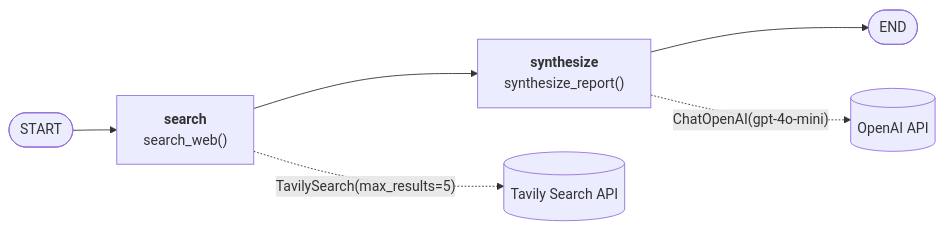
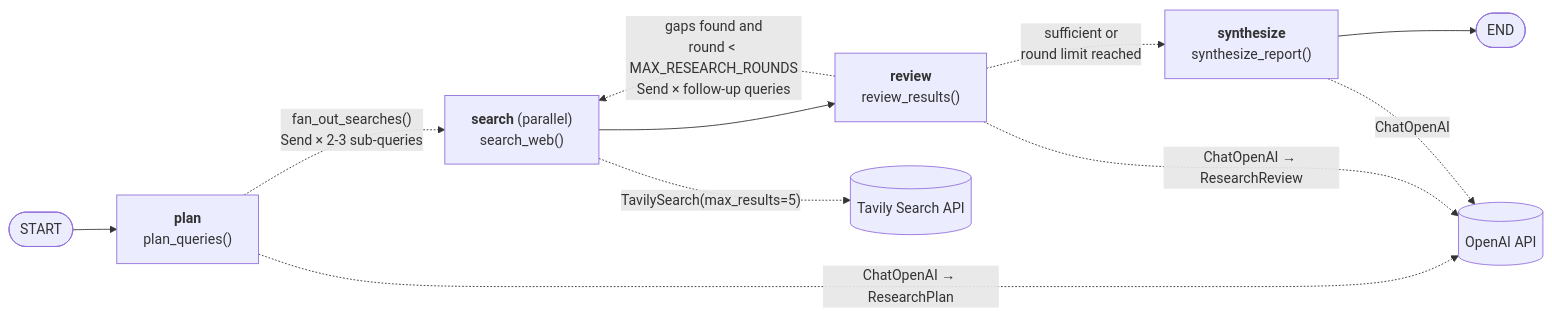
The first of 2 diagrams in README.md (gowlikarr/WebSearch_LangChain), drawn with Mermaid before and after one commit. The commit also changed other lines of this file and 1 other file, not shown here.

Commit message:
Orachestration for multiple search

````diff
--- a/README.md
+++ b/README.md
@@ -11,9 +11,14 @@
 ```mermaid
 flowchart LR
-    START([START]) --> search
-    search["<b>search</b><br/>search_web()"] --> synthesize
+    START([START]) --> plan
+    plan["<b>plan</b><br/>plan_queries()"] -. "fan_out_searches()<br/>Send × 2-3 sub-queries" .-> search
+    search["<b>search</b> (parallel)<br/>search_web()"] --> review
+    review["<b>review</b><br/>review_results()"] -. "gaps found and<br/>round < MAX_RESEARCH_ROUNDS<br/>Send × follow-up queries" .-> search
+    review -. "sufficient or<br/>round limit reached" .-> synthesize
     synthesize["<b>synthesize</b><br/>synthesize_report()"] --> END([END])
 
+    plan -. "ChatOpenAI → ResearchPlan" .-> OpenAI[(OpenAI API)]
+    review -. "ChatOpenAI → ResearchReview" .-> OpenAI
+    synthesize -. "ChatOpenAI" .-> OpenAI
     search -. "TavilySearch(max_results=5)" .-> Tavily[(Tavily Search API)]
-    synthesize -. "ChatOpenAI(gpt-4o-mini)" .-> OpenAI[(OpenAI API)]
 ```
````
